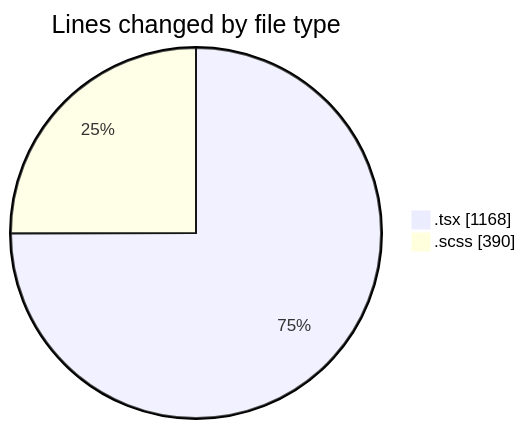
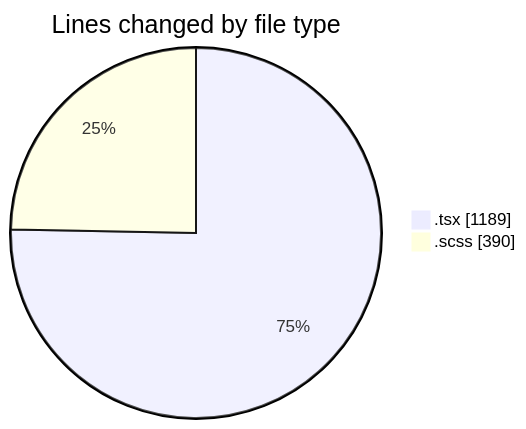
One commit to momahboobian/code-tracking changed the first of 2 diagrams in 2026-08-26/cda/README.md. Above: the diagram before and after it, drawn with Mermaid. The commit also changed other lines of this file and 1 other file, not shown here.

````diff
--- a/2026-08-26/cda/README.md
+++ b/2026-08-26/cda/README.md
@@ -29,6 +29,6 @@
 ```mermaid
 pie showData
 title Lines changed by file type
-".tsx" : 1168
+".tsx" : 1189
 ".scss" : 390
 ```
````
